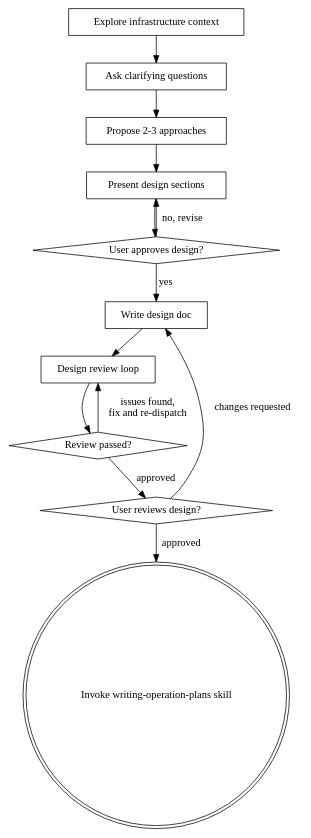
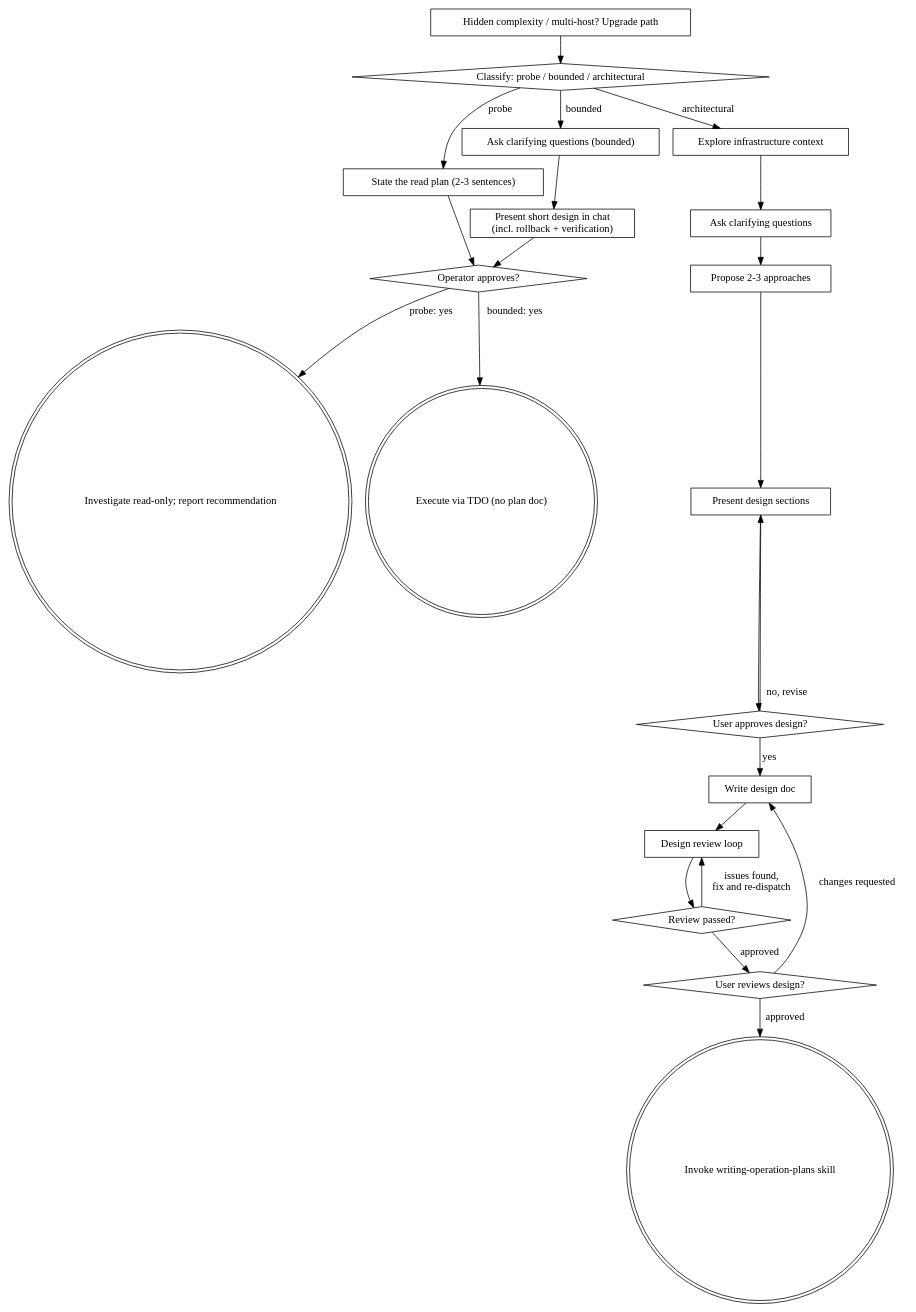
One commit to yg-codes/srepowers changed the diagram in plugins/srepowers-core/skills/brainstorming-operations/SKILL.md. Above: the diagram before and after it, drawn with Graphviz. The commit also changed other lines of this file and 21 other files, not shown here.

````diff
--- a/plugins/srepowers-core/skills/brainstorming-operations/SKILL.md
+++ b/plugins/srepowers-core/skills/brainstorming-operations/SKILL.md
@@ -28,27 +55,44 @@
 ```dot
 digraph brainstorming {
+    "Classify: probe / bounded / architectural" [shape=diamond];
+    "State the read plan (2-3 sentences)" [shape=box];
+    "Ask clarifying questions (bounded)" [shape=box];
+    "Present short design in chat\n(incl. rollback + verification)" [shape=box];
+    "Operator approves?" [shape=diamond];
+    "Investigate read-only; report recommendation" [shape=doublecircle];
+    "Execute via TDO (no plan doc)" [shape=doublecircle];
+    "Hidden complexity / multi-host? Upgrade path" [shape=box];
     "Explore infrastructure context" [shape=box];
     "Ask clarifying questions" [shape=box];
     "Propose 2-3 approaches" [shape=box];
     "Present design sections" [shape=box];
     "User approves design?" [shape=diamond];
     "Write design doc" [shape=box];
     "Design review loop" [shape=box];
     "Review passed?" [shape=diamond];
     "User reviews design?" [shape=diamond];
     "Invoke writing-operation-plans skill" [shape=doublecircle];
 
+    "Classify: probe / bounded / architectural" -> "State the read plan (2-3 sentences)" [label="probe"];
+    "Classify: probe / bounded / architectural" -> "Ask clarifying questions (bounded)" [label="bounded"];
+    "Classify: probe / bounded / architectural" -> "Explore infrastructure context" [label="architectural"];
+    "State the read plan (2-3 sentences)" -> "Operator approves?";
+    "Ask clarifying questions (bounded)" -> "Present short design in chat\n(incl. rollback + verification)";
+    "Present short design in chat\n(incl. rollback + verification)" -> "Operator approves?";
+    "Operator approves?" -> "Investigate read-only; report recommendation" [label="probe: yes"];
+    "Operator approves?" -> "Execute via TDO (no plan doc)" [label="bounded: yes"];
+    "Hidden complexity / multi-host? Upgrade path" -> "Classify: probe / bounded / architectural";
     "Explore infrastructure context" -> "Ask clarifying questions";
     "Ask clarifying questions" -> "Propose 2-3 approaches";
     "Propose 2-3 approaches" -> "Present design sections";
     "Present design sections" -> "User approves design?";
     "User approves design?" -> "Present design sections" [label="no, revise"];
     "User approves design?" -> "Write design doc" [label="yes"];
     "Write design doc" -> "Design review loop";
     "Design review loop" -> "Review passed?";
     "Review passed?" -> "Design review loop" [label="issues found,\nfix and re-dispatch"];
     "Review passed?" -> "User reviews design?" [label="approved"];
     "User reviews design?" -> "Write design doc" [label="changes requested"];
     "User reviews design?" -> "Invoke writing-operation-plans skill" [label="approved"];
 }
 ```
````
